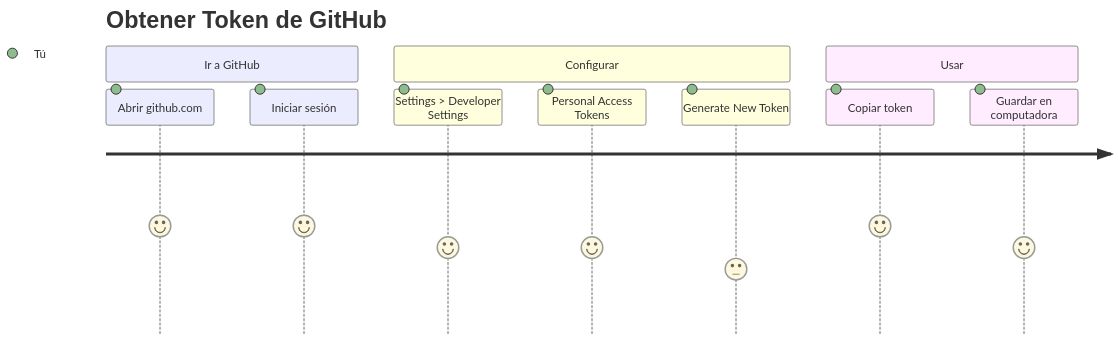
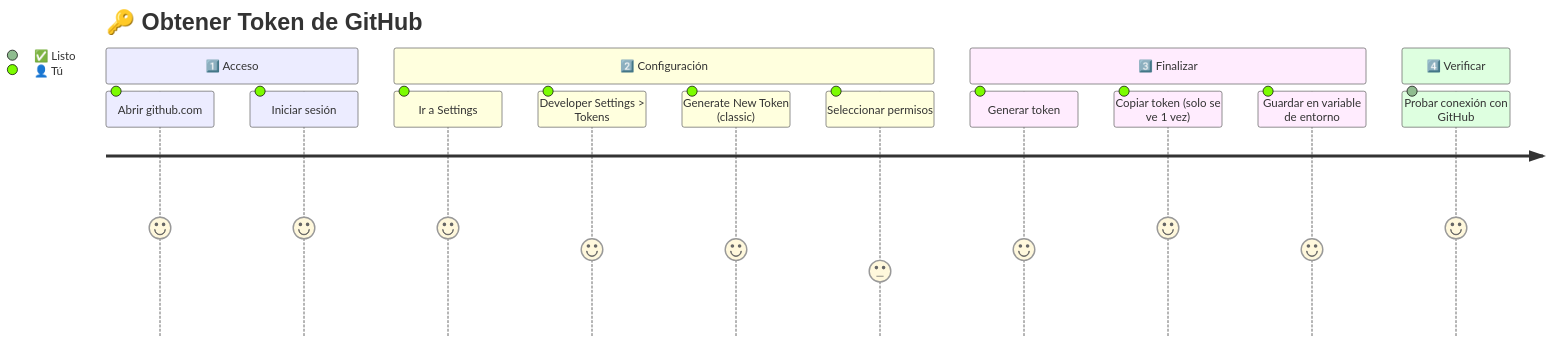
Before and after one commit to Ai-Whisperers/Courses-Content: the fifth of 16 diagrams in courses/🟡-development/FPUNA-2026/00-FUNDAMENTOS-PRINCIPALES/02-maestria-configuracion.md, drawn with Mermaid. The commit also changed other lines of this file, not shown here.

First line of the commit message:
Improve Mermaid diagrams in 02-maestria-configuracion.md (9/15 diagrams)

````diff
--- a/courses/🟡-development/FPUNA-2026/00-FUNDAMENTOS-PRINCIPALES/02-maestria-configuracion.md
+++ b/courses/🟡-development/FPUNA-2026/00-FUNDAMENTOS-PRINCIPALES/02-maestria-configuracion.md
@@ -311,14 +326,18 @@
 ```mermaid
 journey
-    title Obtener Token de GitHub
-    section Ir a GitHub
-      Abrir github.com: 5: Tú
-      Iniciar sesión: 5: Tú
-    section Configurar
-      Settings > Developer Settings: 4: Tú
-      Personal Access Tokens: 4: Tú
-      Generate New Token: 3: Tú
-    section Usar
-      Copiar token: 5: Tú
-      Guardar en computadora: 4: Tú
+    title 🔑 Obtener Token de GitHub
+    section 1️⃣ Acceso
+      Abrir github.com: 5: 👤 Tú
+      Iniciar sesión: 5: 👤 Tú
+    section 2️⃣ Configuración
+      Ir a Settings: 5: 👤 Tú
+      Developer Settings > Tokens: 4: 👤 Tú
+      Generate New Token (classic): 4: 👤 Tú
+      Seleccionar permisos: 3: 👤 Tú
+    section 3️⃣ Finalizar
+      Generar token: 4: 👤 Tú
+      Copiar token (solo se ve 1 vez): 5: 👤 Tú
+      Guardar en variable de entorno: 4: 👤 Tú
+    section 4️⃣ Verificar
+      Probar conexión con GitHub: 5: ✅ Listo
 ```
````
